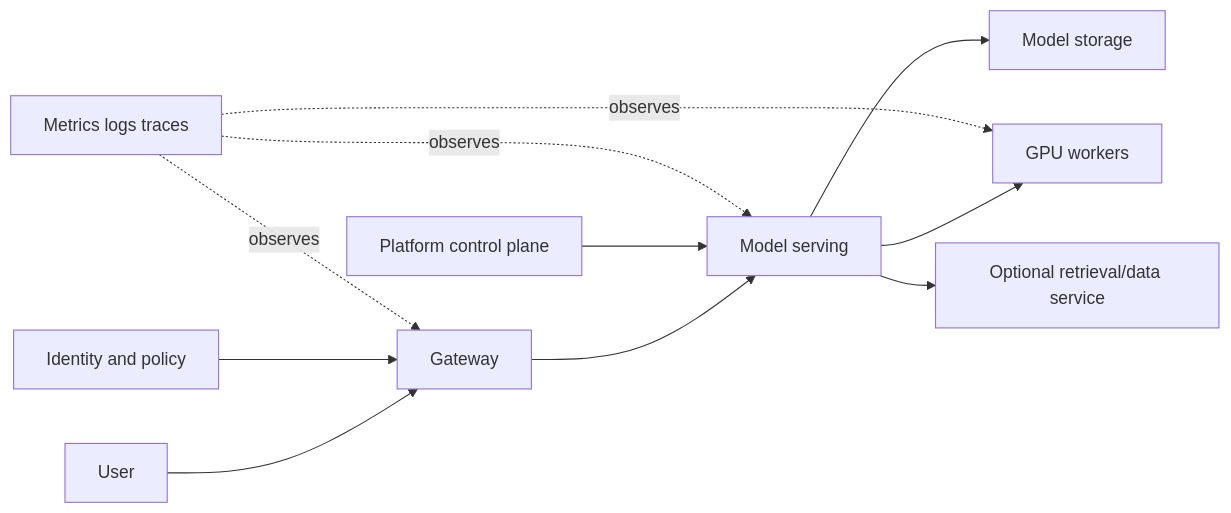
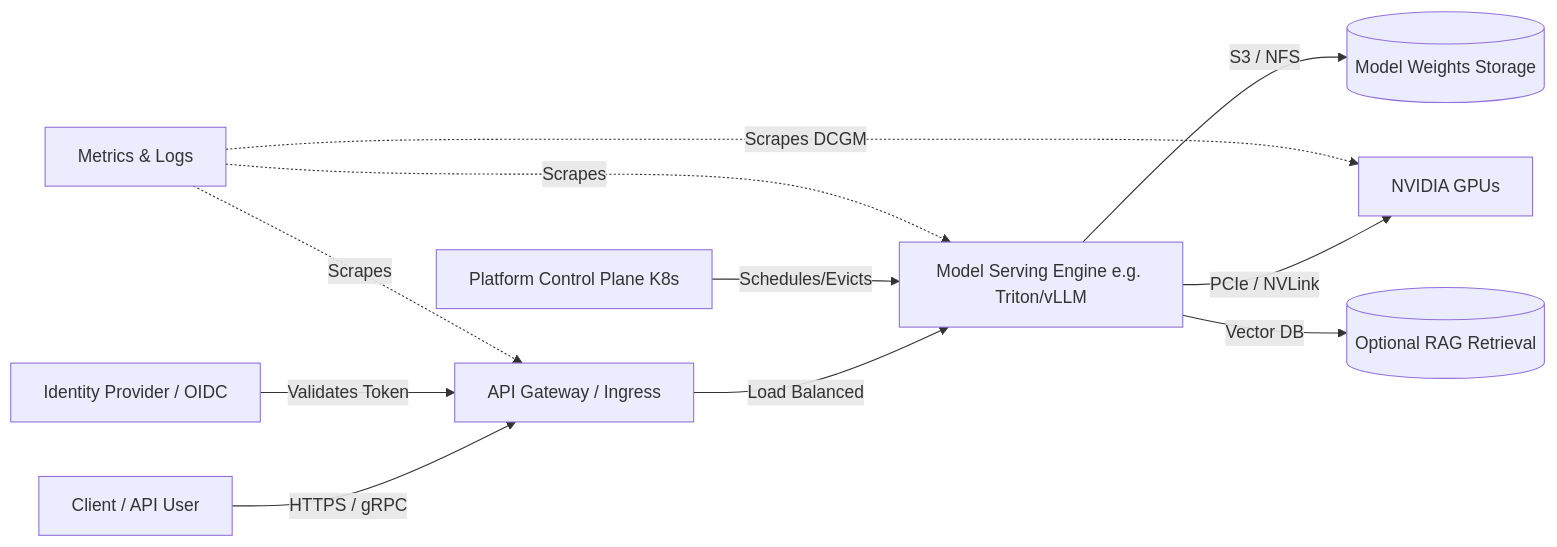
Before and after one commit to jithinpnjm/nvidia-devops: the diagram in docs/volume-08/01-architecture-design-masterclass.md, drawn with Mermaid. The commit also changed other lines of this file and 3 other files, not shown here.

````diff
--- a/docs/volume-08/01-architecture-design-masterclass.md
+++ b/docs/volume-08/01-architecture-design-masterclass.md
@@ -88,13 +86,16 @@
 ```mermaid
 flowchart LR
-  User --> Gateway
-  Gateway --> Serving[Model serving]
-  Serving --> GPU[GPU workers]
-  Serving --> ModelStore[Model storage]
-  Serving --> Retrieval[Optional retrieval/data service]
-  Platform[Platform control plane] --> Serving
-  Identity[Identity and policy] --> Gateway
-  Observability[Metrics logs traces] -. observes .-> Gateway
-  Observability -. observes .-> Serving
-  Observability -. observes .-> GPU
+    User[Client / API User] -->|HTTPS / gRPC| Gateway[API Gateway / Ingress]
+    Gateway -->|Load Balanced| Serving[Model Serving Engine e.g. Triton/vLLM]
+    Serving -->|PCIe / NVLink| GPU[NVIDIA GPUs]
+    
+    Serving -->|S3 / NFS| ModelStore[(Model Weights Storage)]
+    Serving -->|Vector DB| Retrieval[(Optional RAG Retrieval)]
+    
+    Platform[Platform Control Plane K8s] -->|Schedules/Evicts| Serving
+    Identity[Identity Provider / OIDC] -->|Validates Token| Gateway
+    
+    Observability[Metrics & Logs] -.->|Scrapes| Gateway
+    Observability -.->|Scrapes| Serving
+    Observability -.->|Scrapes DCGM| GPU
 ```
````
